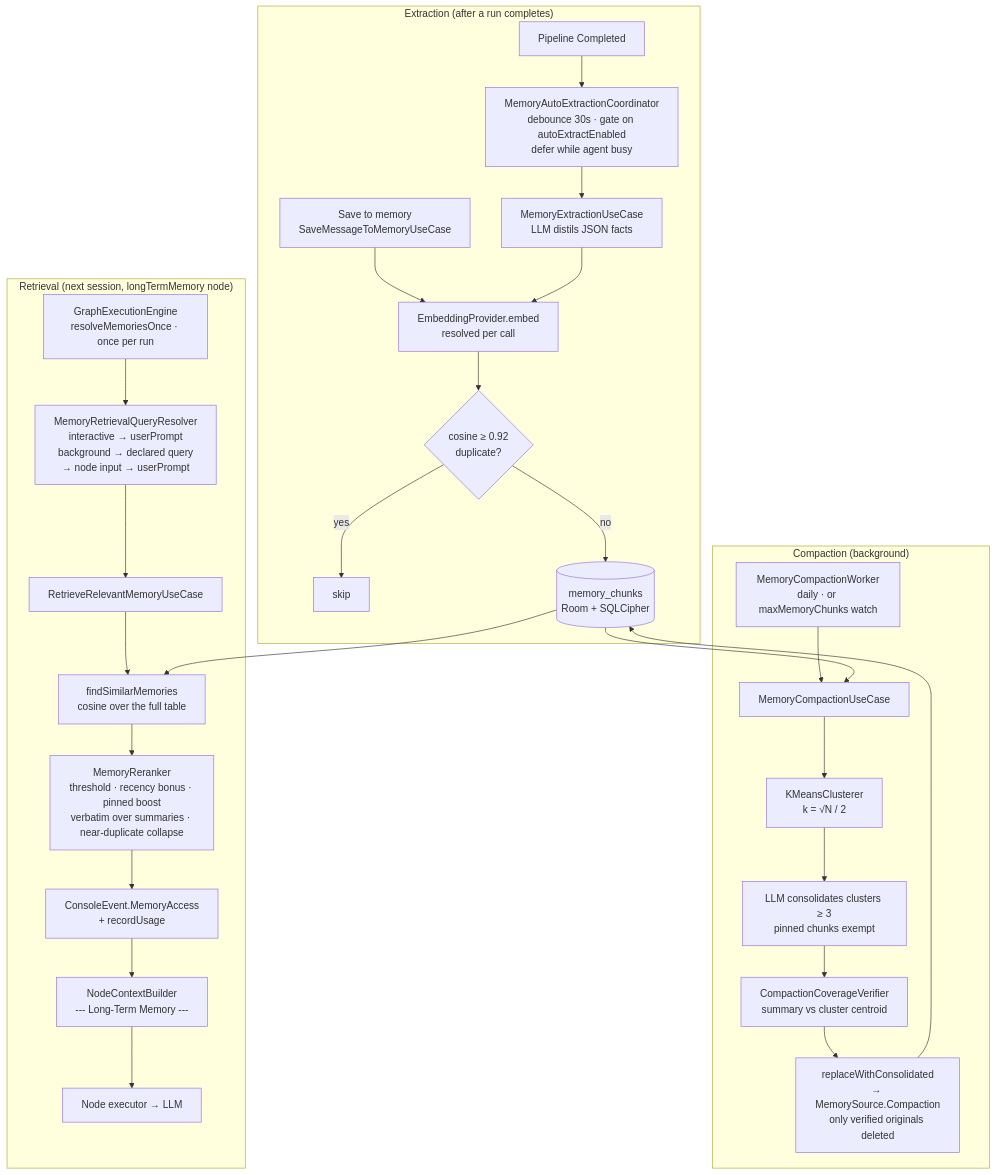
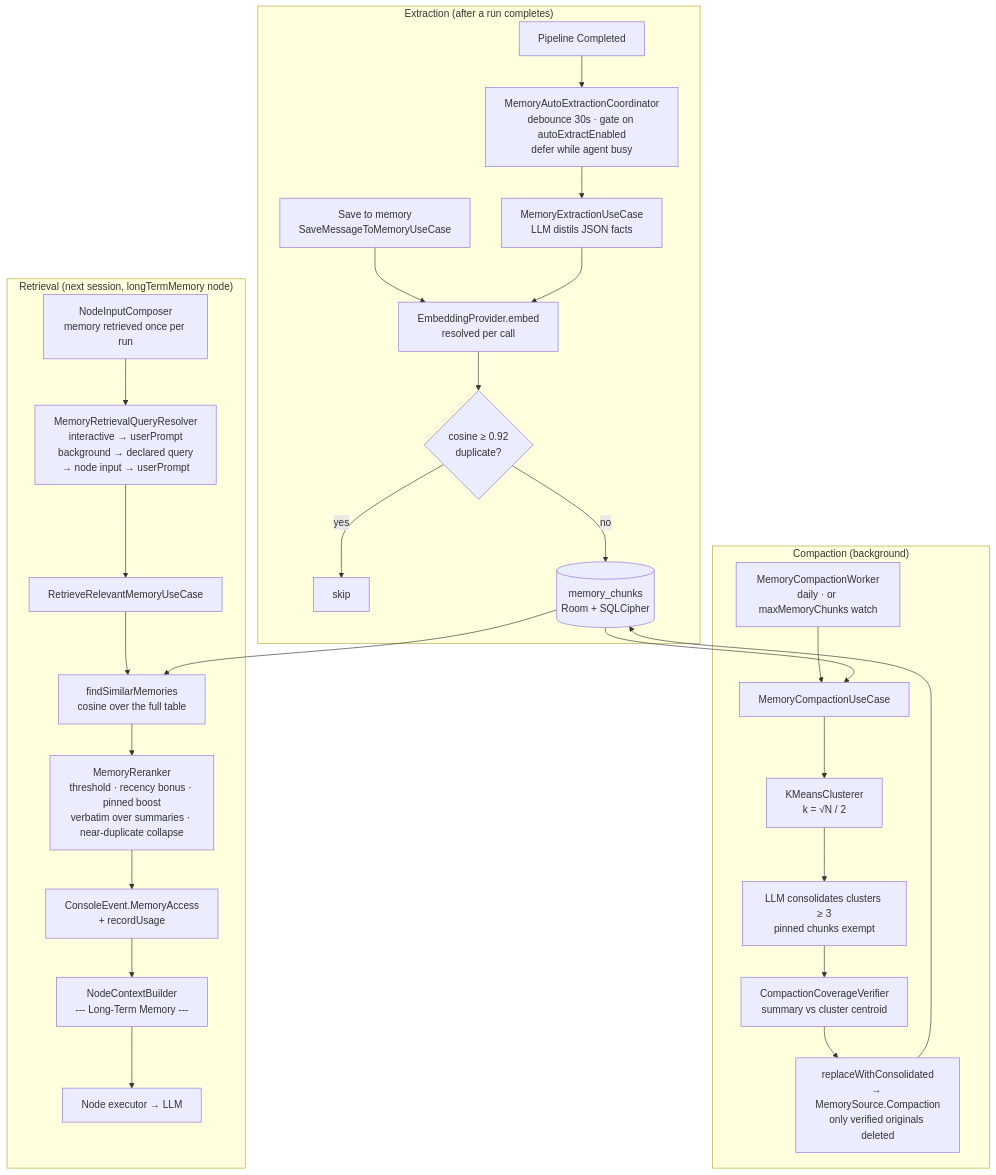
The third of 8 diagrams in docs/architecture.md (alexeyw/knotwork), drawn with Mermaid before and after one commit. The commit also changed other lines of this file and 8 other files, not shown here.

First line of the commit message:
refactor(engine): compose what each node sees through NodeInputComposer

````diff
--- a/docs/architecture.md
+++ b/docs/architecture.md
@@ -314,33 +314,33 @@
 ```mermaid
 flowchart TB
     subgraph Extraction["Extraction (after a run completes)"]
         Done[Pipeline Completed] --> Coord[MemoryAutoExtractionCoordinator<br/>debounce 30s · gate on autoExtractEnabled<br/>defer while agent busy]
         Coord --> Extract[MemoryExtractionUseCase<br/>LLM distils JSON facts]
         Manual[Save to memory<br/>SaveMessageToMemoryUseCase] --> Embed
         Extract --> Embed[EmbeddingProvider.embed<br/>resolved per call]
         Embed --> Dedup{cosine ≥ 0.92<br/>duplicate?}
         Dedup -- yes --> Drop[skip]
         Dedup -- no --> Store[(memory_chunks<br/>Room + SQLCipher)]
     end
 
     subgraph Retrieval["Retrieval (next session, longTermMemory node)"]
-        Engine[GraphExecutionEngine<br/>resolveMemoriesOnce · once per run] --> Key[MemoryRetrievalQueryResolver<br/>interactive → userPrompt<br/>background → declared query<br/>→ node input → userPrompt]
+        Engine[NodeInputComposer<br/>memory retrieved once per run] --> Key[MemoryRetrievalQueryResolver<br/>interactive → userPrompt<br/>background → declared query<br/>→ node input → userPrompt]
         Key --> Retrieve[RetrieveRelevantMemoryUseCase]
         Retrieve --> Search[findSimilarMemories<br/>cosine over the full table]
         Store --> Search
         Search --> Rerank[MemoryReranker<br/>threshold · recency bonus · pinned boost<br/>verbatim over summaries · near-duplicate collapse]
         Rerank --> Console[ConsoleEvent.MemoryAccess<br/>+ recordUsage]
         Console --> Block[NodeContextBuilder<br/>--- Long-Term Memory ---]
         Block --> LLM[Node executor → LLM]
     end
 
     subgraph Compaction["Compaction (background)"]
         Worker[MemoryCompactionWorker<br/>daily · or maxMemoryChunks watch] --> Compact[MemoryCompactionUseCase]
         Store --> Compact
         Compact --> Cluster[KMeansClusterer<br/>k = √N / 2]
         Cluster --> Consolidate[LLM consolidates clusters ≥ 3<br/>pinned chunks exempt]
         Consolidate --> Verify[CompactionCoverageVerifier<br/>summary vs cluster centroid]
         Verify --> Replace[replaceWithConsolidated<br/>→ MemorySource.Compaction<br/>only verified originals deleted]
         Replace --> Store
     end
 ```
````
